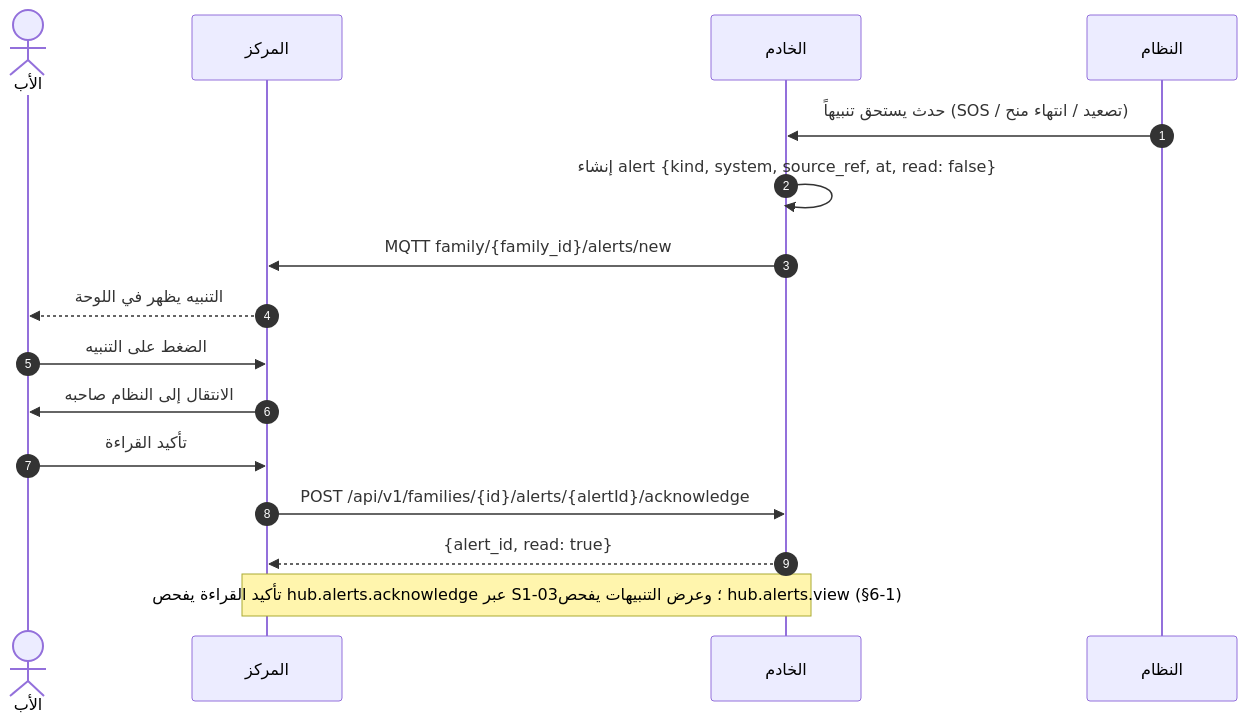
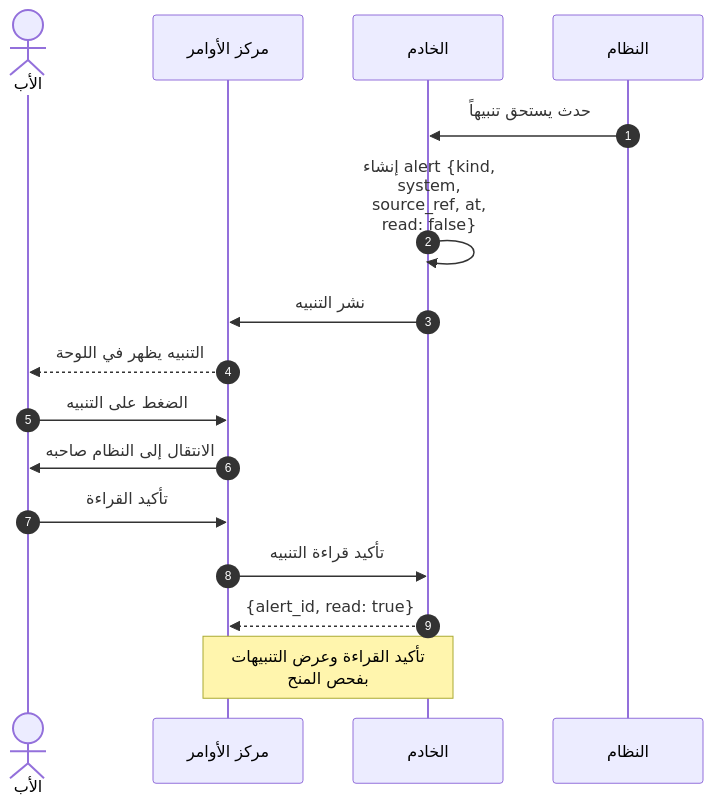
One commit to Bassam-mohammed-alqaeadi/family-os-v2 changed the eighth of 33 diagrams in docs/family-os/governance/phases/phase-1/S1-09-command-center-and-settings/DIAGRAMS.md. Above: the diagram before and after it, drawn with Mermaid. The commit also changed other lines of this file, not shown here.

````diff
--- a/docs/family-os/governance/phases/phase-1/S1-09-command-center-and-settings/DIAGRAMS.md
+++ b/docs/family-os/governance/phases/phase-1/S1-09-command-center-and-settings/DIAGRAMS.md
@@ -275,18 +366,19 @@
 ```mermaid
+%%{init: {"sequence": {"wrap": true}}}%%
 sequenceDiagram
     autonumber
     actor Father as الأب
-    participant Hub as المركز
+    participant S109 as مركز الأوامر
     participant Ktor as الخادم
     participant Owner as النظام
-    Owner->>Ktor: حدث يستحق تنبيهاً (SOS / تصعيد / انتهاء منح)
+    Owner->>Ktor: حدث يستحق تنبيهاً
     Ktor->>Ktor: إنشاء alert {kind, system, source_ref, at, read: false}
-    Ktor->>Hub: MQTT family/{family_id}/alerts/new
-    Hub-->>Father: التنبيه يظهر في اللوحة
-    Father->>Hub: الضغط على التنبيه
-    Hub->>Father: الانتقال إلى النظام صاحبه
-    Father->>Hub: تأكيد القراءة
-    Hub->>Ktor: POST /api/v1/families/{id}/alerts/{alertId}/acknowledge
-    Ktor-->>Hub: {alert_id, read: true}
-    Note over Hub,Ktor: تأكيد القراءة يفحص hub.alerts.acknowledge عبر S1-03؛ وعرض التنبيهات يفحص hub.alerts.view (§6-1)
+    Ktor->>S109: نشر التنبيه
+    S109-->>Father: التنبيه يظهر في اللوحة
+    Father->>S109: الضغط على التنبيه
+    S109->>Father: الانتقال إلى النظام صاحبه
+    Father->>S109: تأكيد القراءة
+    S109->>Ktor: تأكيد قراءة التنبيه
+    Ktor-->>S109: {alert_id, read: true}
+    Note over S109,Ktor: تأكيد القراءة وعرض التنبيهات بفحص المنح
 ```
````
